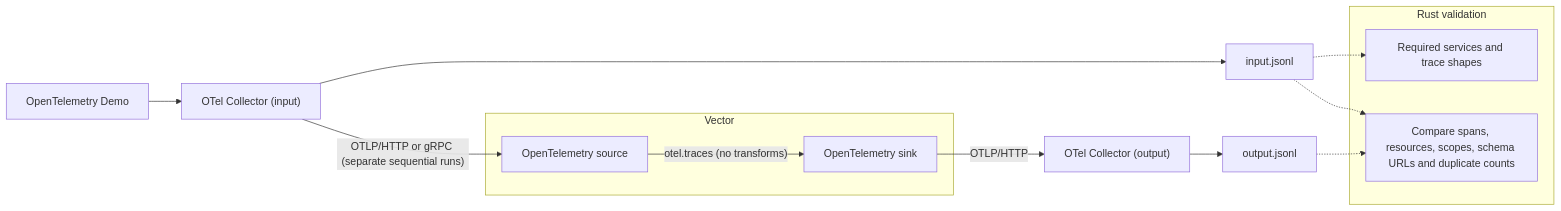
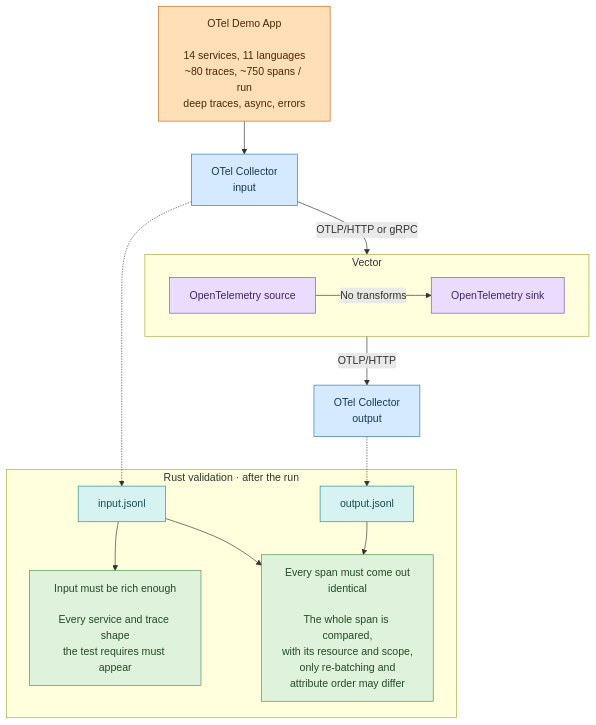
The diagram in tests/e2e/opentelemetry-traces-multiservice/README.md (vectordotdev/vector), drawn with Mermaid before and after one commit. The commit also changed other lines of this file, not shown here.

Commit message:
docs(tests): clarify the multiservice trace diagram

````diff
--- a/tests/e2e/opentelemetry-traces-multiservice/README.md
+++ b/tests/e2e/opentelemetry-traces-multiservice/README.md
@@ -16,18 +16,31 @@
 ```mermaid
-flowchart LR
-    demo["OpenTelemetry Demo"] --> ingress["OTel Collector (input)"]
-    ingress --> input["input.jsonl"]
-    ingress -->|"OTLP/HTTP or gRPC (separate sequential runs)"| source
+flowchart TB
+    demo["OTel Demo App<br/><br/>14 services, 11 languages<br/>~80 traces, ~750 spans / run<br/>deep traces, async, errors"] --> ingress["OTel Collector<br/>input"]
+    ingress -->|"OTLP/HTTP or gRPC"| vector
     subgraph vector["Vector"]
-        source["OpenTelemetry source"] -->|"otel.traces (no transforms)"| sink["OpenTelemetry sink"]
+        source["OpenTelemetry source"] -->|"No transforms"| sink["OpenTelemetry sink"]
     end
-    sink -->|"OTLP/HTTP"| egress["OTel Collector (output)"]
-    egress --> output["output.jsonl"]
-    subgraph validation["Rust validation"]
-        coverage["Required services and trace shapes"]
-        preservation["Compare spans, resources, scopes, schema URLs and duplicate counts"]
+    vector -->|"OTLP/HTTP"| egress["OTel Collector<br/>output"]
+    ingress -.-> input
+    egress -.-> output
+    subgraph validation["Rust validation · after the run"]
+        input["input.jsonl"]
+        output["output.jsonl"]
+        coverage["Input must be rich enough<br/><br/>Every service and trace shape<br/>the test requires must appear"]
+        preservation["Every span must come out<br/>identical<br/><br/>The whole span is compared,<br/>with its resource and scope,<br/>only re-batching and<br/>attribute order may differ"]
     end
-    input -.-> coverage
-    input -.-> preservation
-    output -.-> preservation
+    input --> coverage
+    input --> preservation
+    output --> preservation
+
+    classDef app fill:#ffdfb8,stroke:#c76b15,color:#482909
+    classDef collector fill:#d5eaff,stroke:#3377b5,color:#173956
+    classDef vectorNode fill:#e9dcff,stroke:#8050c2,color:#402466
+    classDef capture fill:#d6f3f2,stroke:#248c91,color:#164e52
+    classDef check fill:#dff2db,stroke:#4d9251,color:#234b27
+    class demo app
+    class ingress,egress collector
+    class source,sink vectorNode
+    class input,output capture
+    class coverage,preservation check
 ```
````
